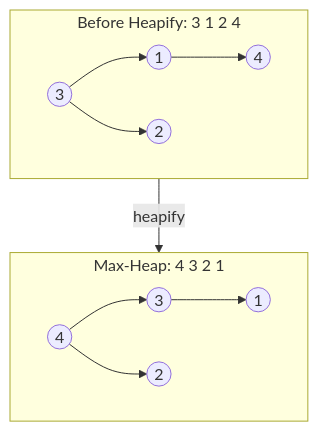
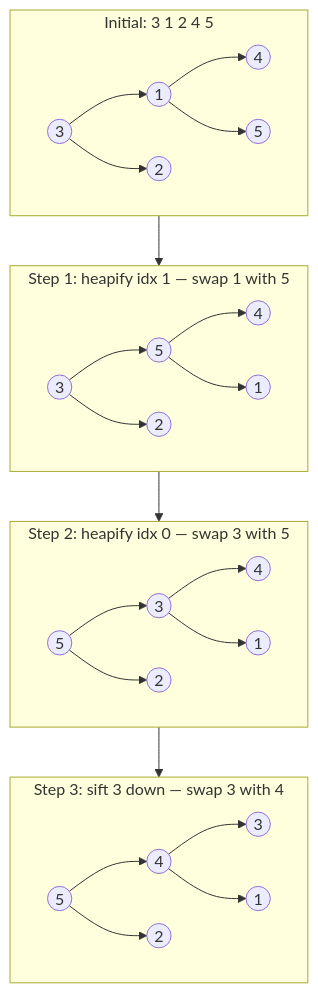
Before and after one commit to vikash1a/data-structure-algorithm: the diagram in theory/03-data-structures-1/02-heap.md, drawn with Mermaid. The commit also changed other lines of this file, not shown here.

Commit message:
heap change

````diff
--- a/theory/03-data-structures-1/02-heap.md
+++ b/theory/03-data-structures-1/02-heap.md
@@ -13,12 +18,20 @@
 ```mermaid
 flowchart TD
-    subgraph before["Before Heapify: 3 1 2 4"]
-        A1((3)) --> B1((1)) & C1((2))
-        B1 --> D1((4))
+    subgraph s0["Initial: 3 1 2 4 5"]
+        a0((3)) --> a1((1)) & a2((2))
+        a1 --> a3((4)) & a4((5))
     end
-    subgraph after["Max-Heap: 4 3 2 1"]
-        A2((4)) --> B2((3)) & C2((2))
-        B2 --> D2((1))
+    subgraph s1["Step 1: heapify idx 1 — swap 1 with 5"]
+        b0((3)) --> b1((5)) & b2((2))
+        b1 --> b3((4)) & b4((1))
     end
-    before -->|"heapify"| after
+    subgraph s2["Step 2: heapify idx 0 — swap 3 with 5"]
+        c0((5)) --> c1((3)) & c2((2))
+        c1 --> c3((4)) & c4((1))
+    end
+    subgraph s3["Step 3: sift 3 down — swap 3 with 4"]
+        d0((5)) --> d1((4)) & d2((2))
+        d1 --> d3((3)) & d4((1))
+    end
+    s0 --> s1 --> s2 --> s3
 ```
````
